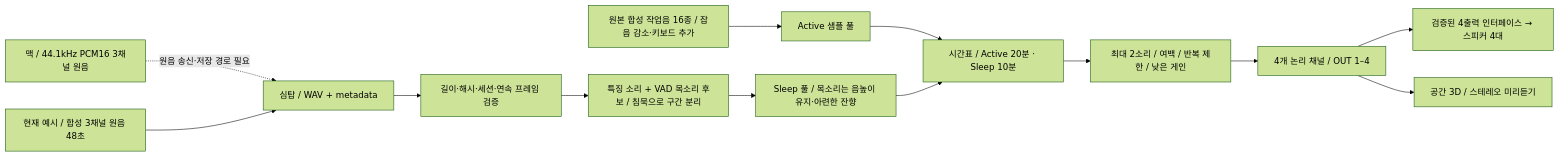
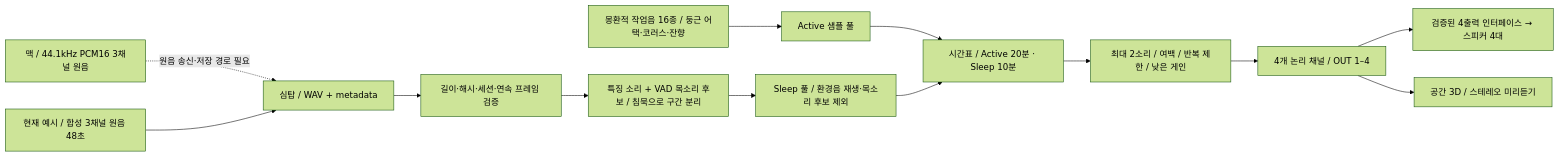
The diagram in docs/TOWER_AUDIO.md (skynot0625/2026_Ripples), drawn with Mermaid (forest theme) before and after one commit. The commit also changed other lines of this file and 52 other files, not shown here.

````diff
--- a/docs/TOWER_AUDIO.md
+++ b/docs/TOWER_AUDIO.md
@@ -9,15 +9,15 @@
 ```mermaid
 flowchart LR
-  W["원본 합성 작업음 16종 / 잡음 감소·키보드 추가"] --> A["Active 샘플 풀"]
+  W["몽환적 작업음 16종 / 둥근 어택·코러스·잔향"] --> A["Active 샘플 풀"]
   M["맥 / 44.1kHz PCM16 3채널 원음"] -. "원음 송신·저장 경로 필요" .-> R["심탑 / WAV + metadata"]
   D["현재 예시 / 합성 3채널 원음 48초"] --> R
   R --> V["길이·해시·세션·연속 프레임 검증"]
   V --> E["특징 소리 + VAD 목소리 후보 / 침묵으로 구간 분리"]
-  E --> S["Sleep 풀 / 목소리는 음높이 유지·아련한 잔향"]
+  E --> S["Sleep 풀 / 환경음 재생·목소리 후보 제외"]
   A --> P["시간표 / Active 20분 · Sleep 10분"]
   S --> P
   P --> L["최대 2소리 / 여백 / 반복 제한 / 낮은 게인"]
   L --> C["4개 논리 채널 / OUT 1–4"]
   C --> H["검증된 4출력 인터페이스 → 스피커 4대"]
   C --> B["공간 3D / 스테레오 미리듣기"]
 ```
````
